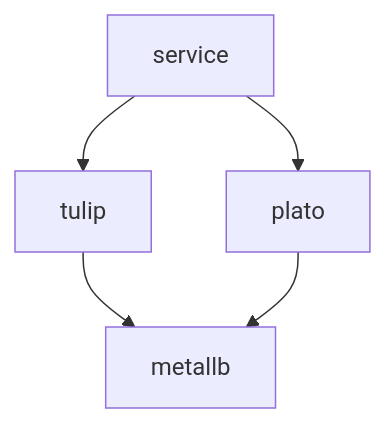
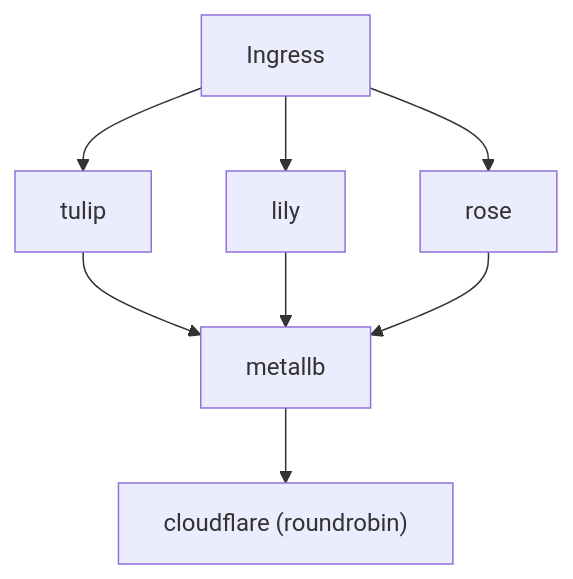
One commit to kreatoo/k8s changed the diagram in README.md. Above: the diagram before and after it, drawn with Mermaid. The commit also changed other lines of this file, not shown here.

````diff
--- a/README.md
+++ b/README.md
@@ -28,7 +37,10 @@
 ```mermaid
 graph TD;
-    service-->tulip
-    service-->plato
+    Ingress-->tulip
+    Ingress-->lily
+    Ingress-->rose
     tulip-->metallb
-    plato-->metallb
+    lily-->metallb
+    rose-->metallb
+    metallb-->cloudflare["cloudflare (roundrobin)"]
 ```
````
